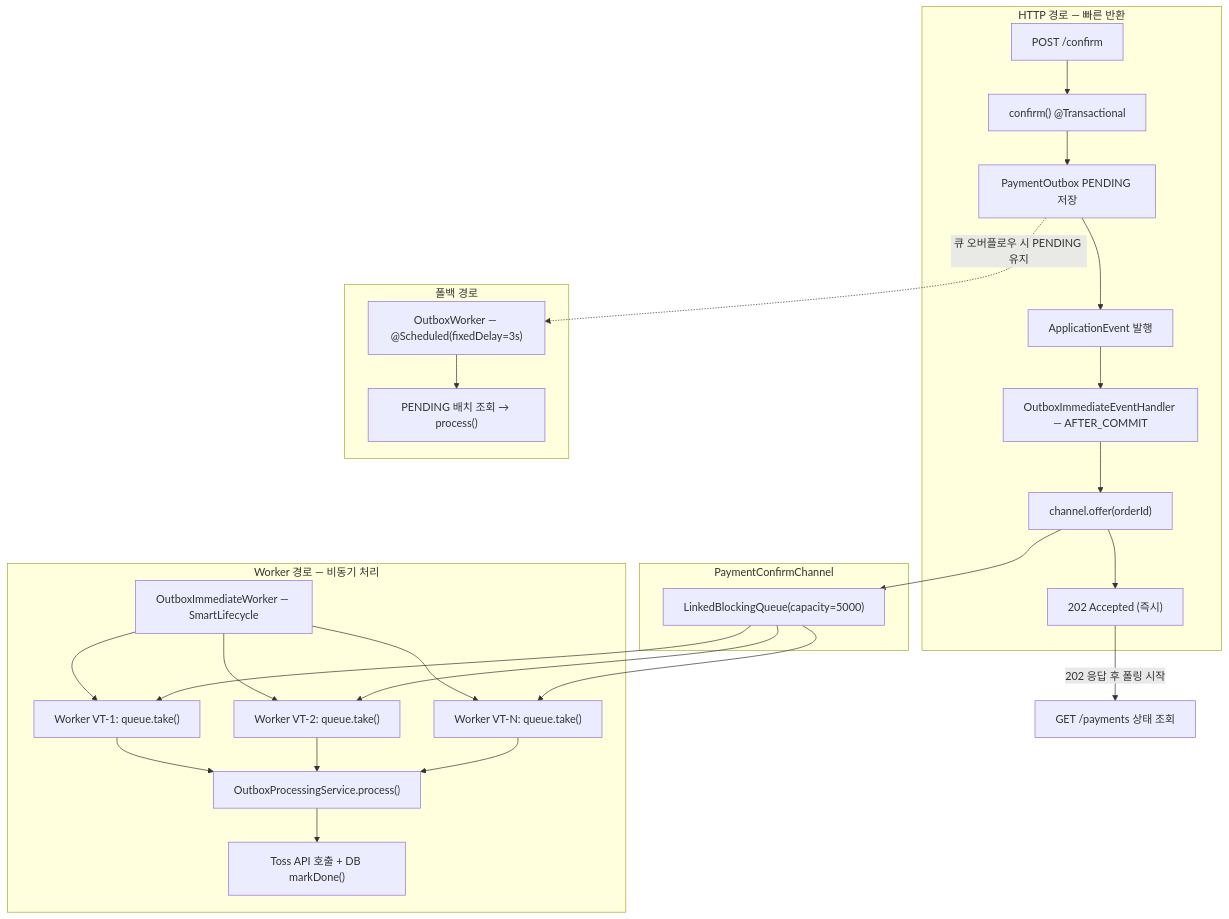
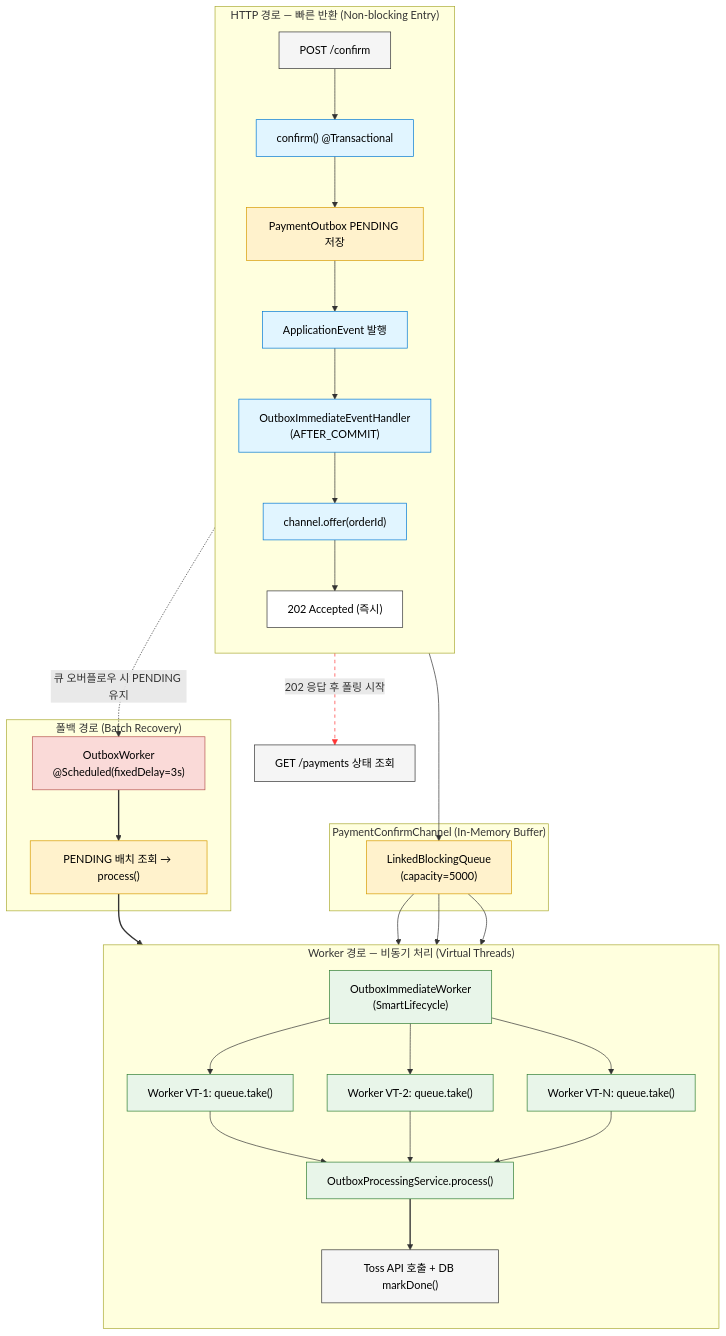
Before and after one commit to hyoguoo/hyoguoo.github.io: the sixth of 8 diagrams in src/content/docs/blog/async-payment-flow.md, drawn with Mermaid. The commit also changed other lines of this file and 7 other files, not shown here.

Commit message:
mod: 일부 다이어그램 사진에서 mermaid로 변경

````diff
--- a/src/content/docs/blog/async-payment-flow.md
+++ b/src/content/docs/blog/async-payment-flow.md
@@ -341,38 +363,53 @@
 ```mermaid
 graph TB
-    subgraph "HTTP 경로 — 빠른 반환"
-        A[POST /confirm] --> B["confirm() @Transactional"]
-        B --> C[PaymentOutbox PENDING 저장]
-        C --> D[ApplicationEvent 발행]
-        D --> E["OutboxImmediateEventHandler — AFTER_COMMIT"]
-        E --> F["channel.offer(orderId)"]
-        F --> G["202 Accepted (즉시)"]
+%% 클래스 정의 (역할별 색상 구분 및 가독성 확보)
+    classDef http fill: #E1F5FF, stroke: #0078D4, color: #000
+    classDef queue fill: #FFF2CC, stroke: #D79B00, color: #000
+    classDef worker fill: #E8F5E9, stroke: #2E7D32, color: #000
+    classDef fallback fill: #FADAD8, stroke: #B85450, color: #000
+    classDef external fill: #F5F5F5, stroke: #333, color: #000
+    classDef response fill: #FFFFFF, stroke: #333, color: #000
+
+    subgraph SyncPath ["HTTP 경로 — 빠른 반환 (Non-blocking Entry)"]
+        direction TB
+        A["POST /confirm"]:::external --> B["confirm() @Transactional"]:::http
+        B --> C["PaymentOutbox PENDING 저장"]:::queue
+        C --> D["ApplicationEvent 발행"]:::http
+        D --> E["OutboxImmediateEventHandler<br/>(AFTER_COMMIT)"]:::http
+        E --> F["channel.offer(orderId)"]:::http
+        F --> G["202 Accepted (즉시)"]:::response
     end
 
-    subgraph "PaymentConfirmChannel"
-        H["LinkedBlockingQueue(capacity=5000)"]
+    subgraph Channel ["PaymentConfirmChannel (In-Memory Buffer)"]
+        H["LinkedBlockingQueue<br/>(capacity=5000)"]:::queue
         F --> H
     end
 
-    subgraph "Worker 경로 — 비동기 처리"
-        I["OutboxImmediateWorker — SmartLifecycle"]
-        I --> J["Worker VT-1: queue.take()"]
-        I --> K["Worker VT-2: queue.take()"]
-        I --> L["Worker VT-N: queue.take()"]
-        J --> M["OutboxProcessingService.process()"]
+    subgraph WorkerPath ["Worker 경로 — 비동기 처리 (Virtual Threads)"]
+        direction TB
+        I["OutboxImmediateWorker<br/>(SmartLifecycle)"]:::worker
+        I --> J["Worker VT-1: queue.take()"]:::worker
+        I --> K["Worker VT-2: queue.take()"]:::worker
+        I --> L["Worker VT-N: queue.take()"]:::worker
+        J --> M["OutboxProcessingService.process()"]:::worker
         K --> M
         L --> M
-        M --> N["Toss API 호출 + DB markDone()"]
+        M --> N["Toss API 호출 + DB markDone()"]:::external
     end
 
-    subgraph "폴백 경로"
-        O["OutboxWorker — @Scheduled(fixedDelay=3s)"]
-        O --> P["PENDING 배치 조회 → process()"]
+    subgraph FallbackPath ["폴백 경로 (Batch Recovery)"]
+        O["OutboxWorker<br/>@Scheduled(fixedDelay=3s)"]:::fallback
+        O --> P["PENDING 배치 조회 → process()"]:::queue
+        P --> M
     end
 
-    G -->|" 202 응답 후 폴링 시작 "| CP1[GET /payments 상태 조회]
+%% 컴포넌트 간 상호작용
+    G -->|" 202 응답 후 폴링 시작 "| CP1["GET /payments 상태 조회"]:::external
     H --> J
     H --> K
     H --> L
     C -.->|" 큐 오버플로우 시 PENDING 유지 "| O
+%% 연결선 스타일
+    linkStyle 13,14,15 stroke: #333, stroke-width: 2px
+    linkStyle 16 stroke: #FF3333, stroke-dasharray: 5 5
 ```
````
